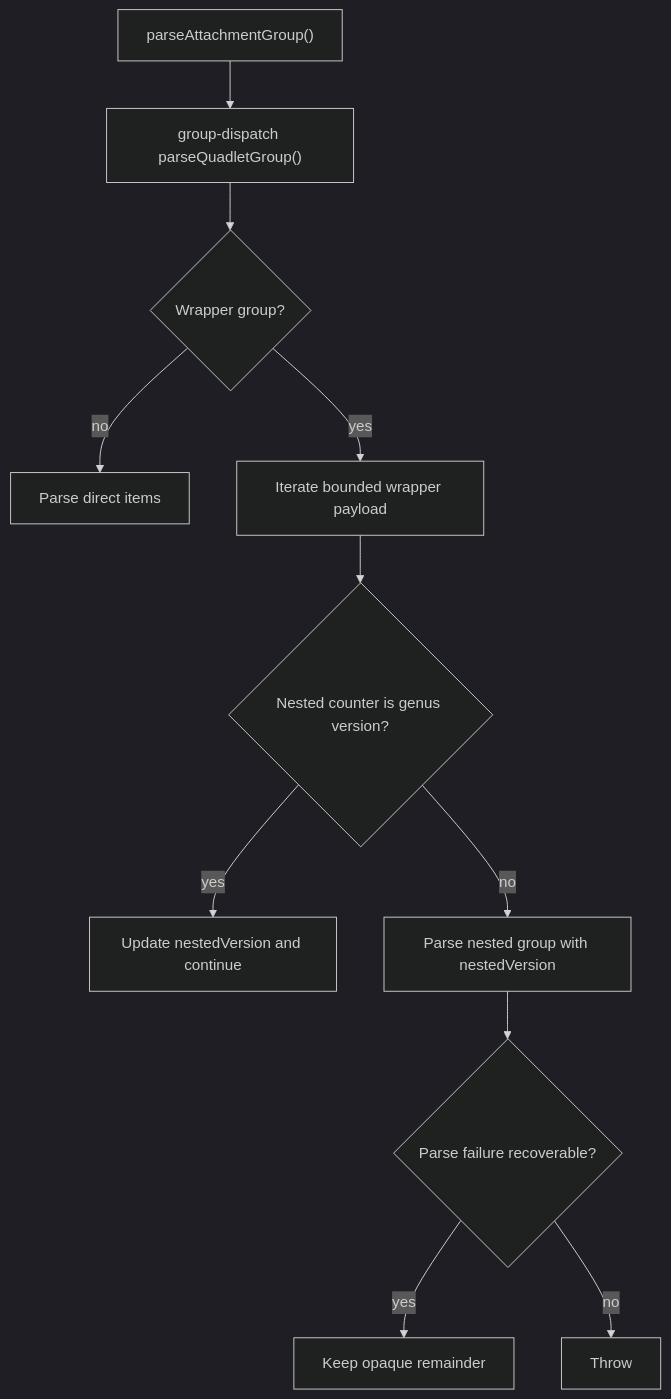
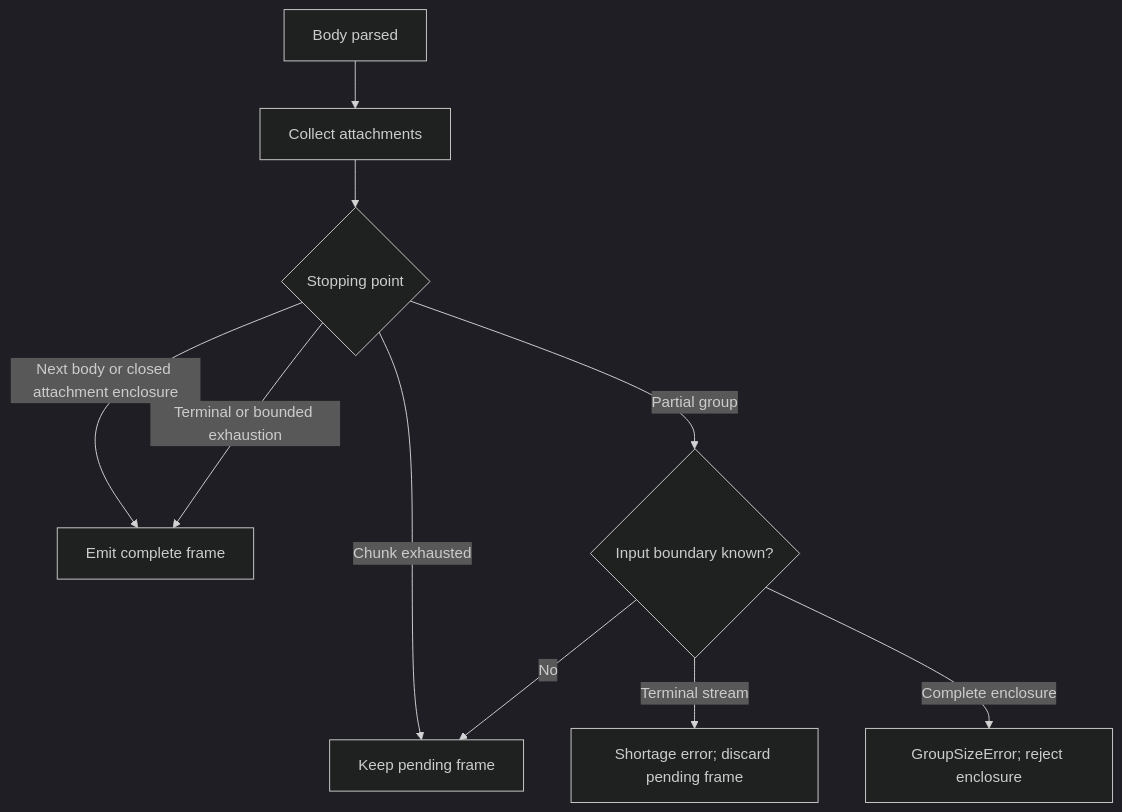
The second of 2 diagrams in docs/design-docs/cesr/CESR_ATOMIC_BOUNDED_PARSER_ARCHITECTURE.md (kentbull/keri-ts), drawn with Mermaid (dark theme) before and after one commit. The commit also changed other lines of this file and 55 other files, not shown here.

First line of the commit message:
Organize parsing around stream frames and attachments

````diff
--- a/docs/design-docs/cesr/CESR_ATOMIC_BOUNDED_PARSER_ARCHITECTURE.md
+++ b/docs/design-docs/cesr/CESR_ATOMIC_BOUNDED_PARSER_ARCHITECTURE.md
@@ -113,13 +29,12 @@
 ```mermaid
 flowchart TD
-    A["parseAttachmentGroup()"] --> B["group-dispatch parseQuadletGroup()"]
-    B --> C{"Wrapper group?"}
-    C -- "no" --> D["Parse direct items"]
-    C -- "yes" --> E["Iterate bounded wrapper payload"]
-    E --> F{"Nested counter is genus version?"}
-    F -- "yes" --> G["Update nestedVersion and continue"]
-    F -- "no" --> H["Parse nested group with nestedVersion"]
-    H --> I{"Parse failure recoverable?"}
-    I -- "yes" --> J["Keep opaque remainder"]
-    I -- "no" --> K["Throw"]
+    A["Body parsed"] --> B["Collect attachments"]
+    B --> C{"Stopping point"}
+    C -- "Next body or closed attachment enclosure" --> D["Emit complete frame"]
+    C -- "Chunk exhausted" --> E["Keep pending frame"]
+    C -- "Terminal or bounded exhaustion" --> D
+    C -- "Partial group" --> F{"Input boundary known?"}
+    F -- "No" --> E
+    F -- "Terminal stream" --> G["Shortage error; discard pending frame"]
+    F -- "Complete enclosure" --> H["GroupSizeError; reject enclosure"]
 ```
````
